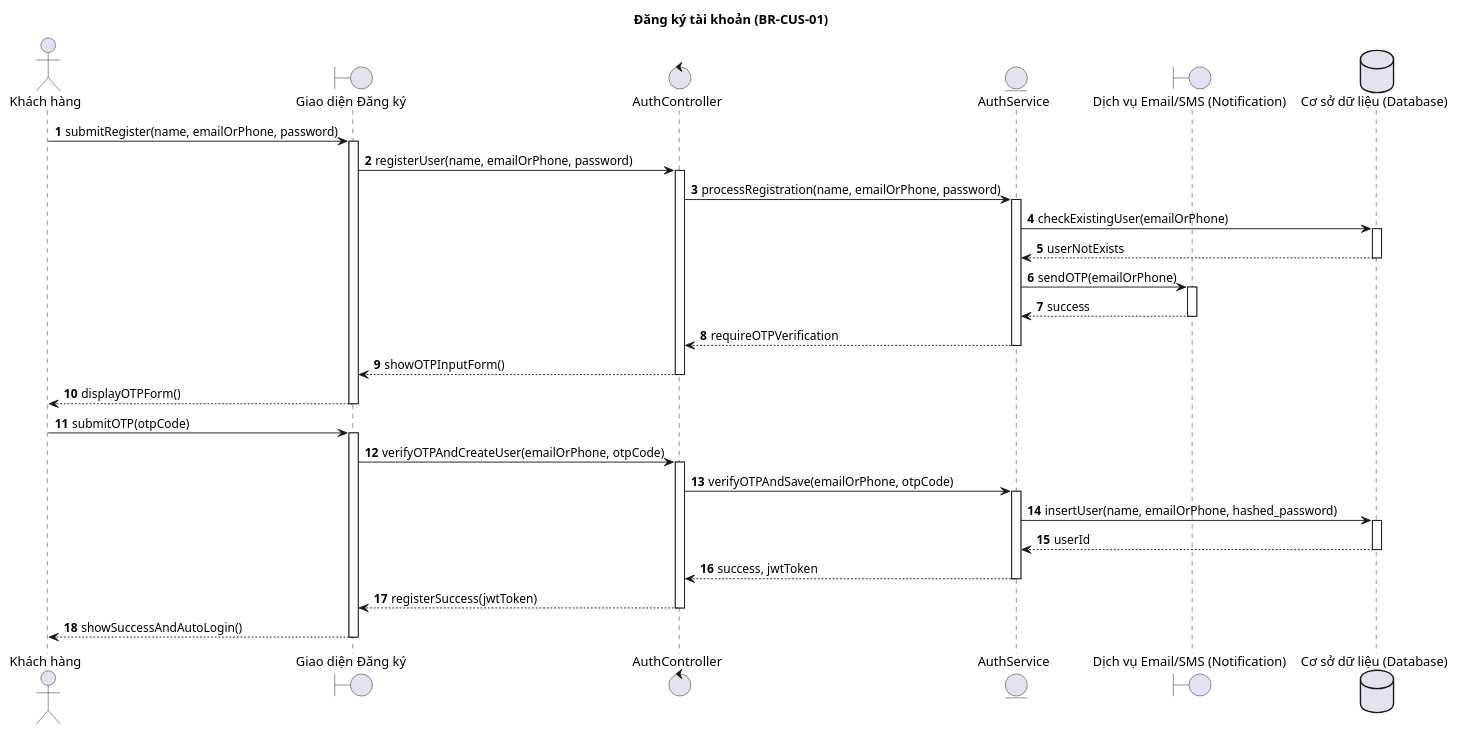
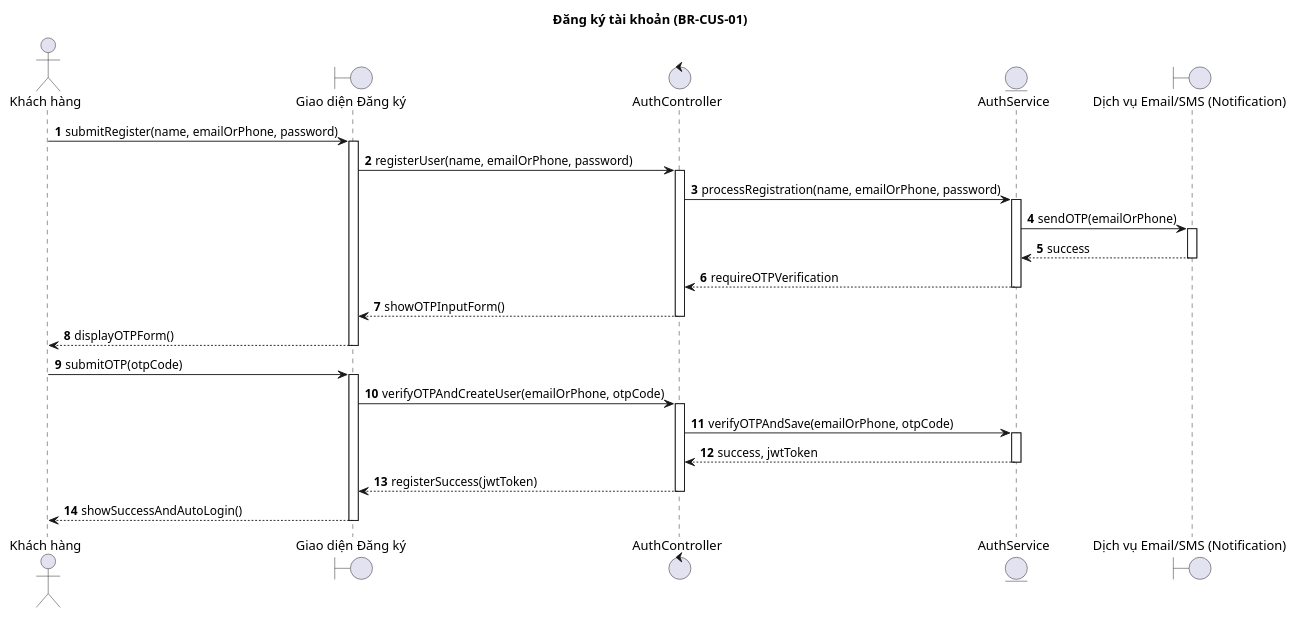
The diagram in doc/sequence/KhachHang/Dang_ky_tai_khoan.wsd (Ngo-The-Dat/e-voucher-system), drawn with PlantUML before and after one commit. The commit also changed 7 other files, not shown here.

Commit message:
docs: 📖 update customer sequence diagrams to remove internal DB interactions and match current implementation

```diff
--- a/doc/sequence/KhachHang/Dang_ky_tai_khoan.wsd
+++ b/doc/sequence/KhachHang/Dang_ky_tai_khoan.wsd
@@ -1,53 +1,44 @@
 @startuml
 title Đăng ký tài khoản (BR-CUS-01)
 
 autonumber
 actor "Khách hàng" as KH
 boundary "Giao diện Đăng ký" as UI
 control "AuthController" as Controller
 entity "AuthService" as Service
 boundary "Dịch vụ Email/SMS (Notification)" as Notification
-database "Cơ sở dữ liệu (Database)" as DB
 
 KH -> UI : submitRegister(name, emailOrPhone, password)
 activate UI
 UI -> Controller : registerUser(name, emailOrPhone, password)
 activate Controller
 Controller -> Service : processRegistration(name, emailOrPhone, password)
 activate Service
 
-Service -> DB : checkExistingUser(emailOrPhone)
-activate DB
-DB --> Service : userNotExists
-deactivate DB
 
 Service -> Notification : sendOTP(emailOrPhone)
 activate Notification
 Notification --> Service : success
 deactivate Notification
 
 Service --> Controller : requireOTPVerification
 deactivate Service
 Controller --> UI : showOTPInputForm()
 deactivate Controller
 UI --> KH : displayOTPForm()
 deactivate UI
 
 KH -> UI : submitOTP(otpCode)
 activate UI
 UI -> Controller : verifyOTPAndCreateUser(emailOrPhone, otpCode)
 activate Controller
 Controller -> Service : verifyOTPAndSave(emailOrPhone, otpCode)
 activate Service
-Service -> DB : insertUser(name, emailOrPhone, hashed_password)
-activate DB
-DB --> Service : userId
-deactivate DB
 
 Service --> Controller : success, jwtToken
 deactivate Service
 Controller --> UI : registerSuccess(jwtToken)
 deactivate Controller
 UI --> KH : showSuccessAndAutoLogin()
 deactivate UI
 @enduml
```
